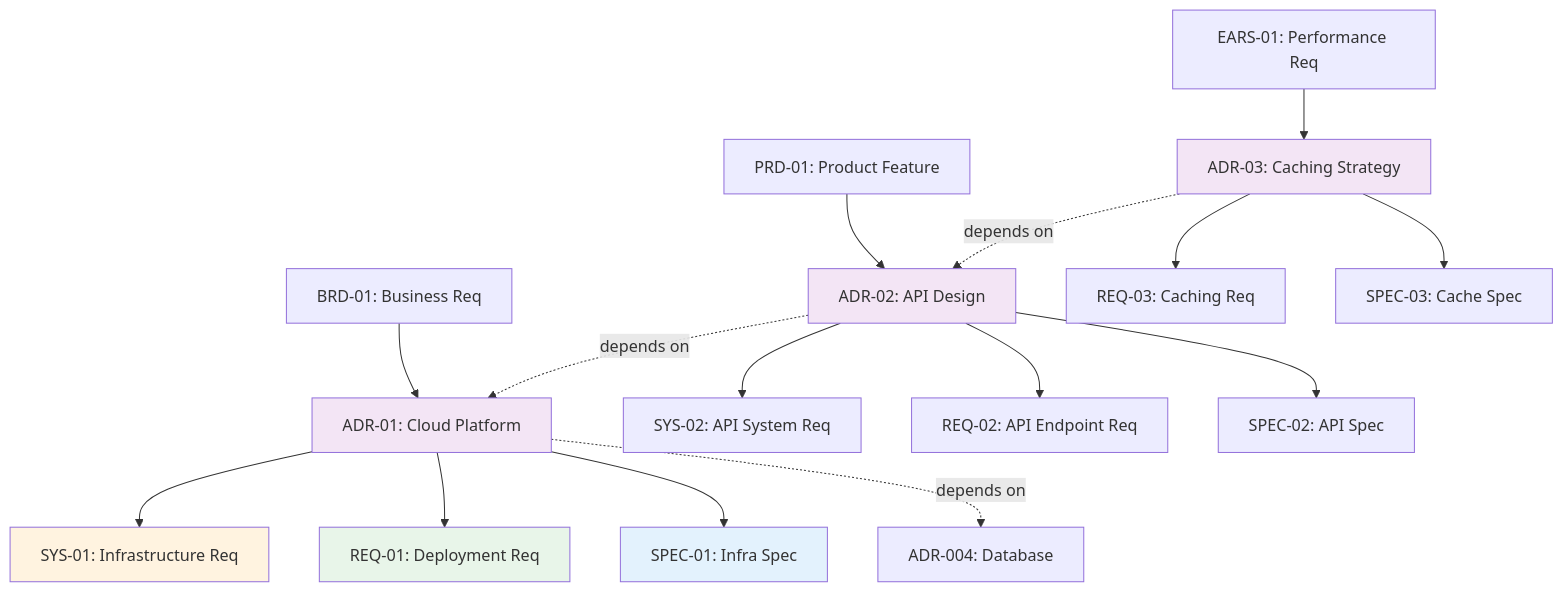
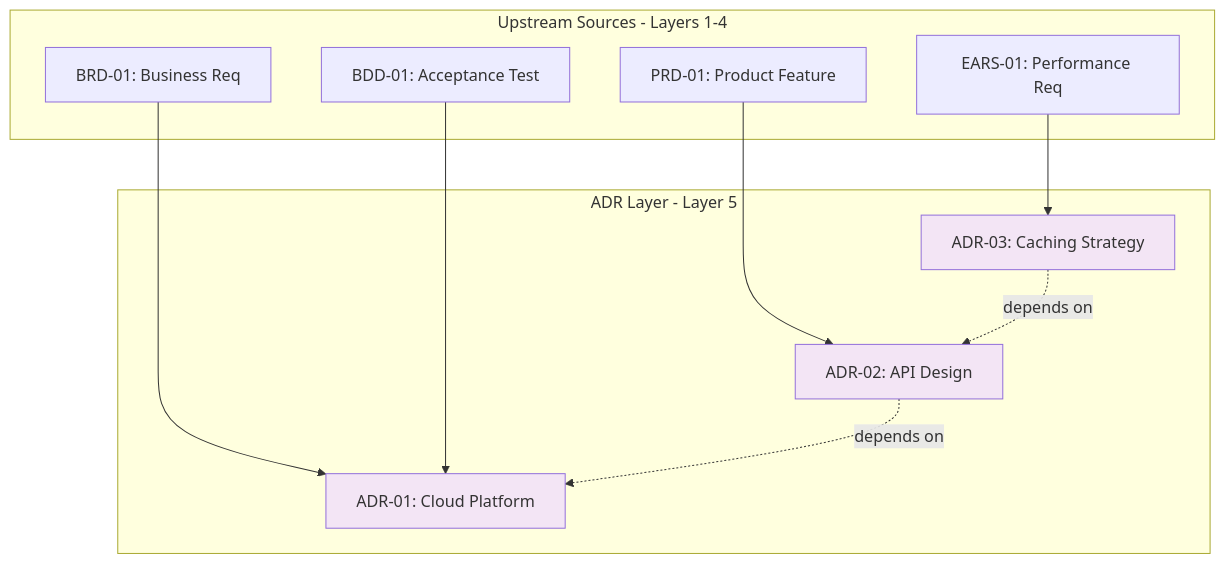
Before and after one commit to vladm3105/aidoc-flow-framework: the diagram in ai_dev_flow/ADR/ADR-000_TRACEABILITY_MATRIX-TEMPLATE.md, drawn with Mermaid. The commit also changed other lines of this file and 6 other files, not shown here.

First line of the commit message:
docs: refactor ADR traceability matrix to upstream-only focus

````diff
--- a/ai_dev_flow/ADR/ADR-000_TRACEABILITY_MATRIX-TEMPLATE.md
+++ b/ai_dev_flow/ADR/ADR-000_TRACEABILITY_MATRIX-TEMPLATE.md
@@ -296,28 +293,27 @@
 ```mermaid
 graph TD
-    BRD001[BRD-01: Business Req] --> ADR001[ADR-01: Cloud Platform]
-    PRD001[PRD-01: Product Feature] --> ADR002[ADR-02: API Design]
-    EARS001[EARS-01: Performance Req] --> ADR003[ADR-03: Caching Strategy]
+    subgraph Upstream[Upstream Sources - Layers 1-4]
+        BRD001[BRD-01: Business Req]
+        PRD001[PRD-01: Product Feature]
+        EARS001[EARS-01: Performance Req]
+        BDD001[BDD-01: Acceptance Test]
+    end
 
-    ADR001 --> SYS001[SYS-01: Infrastructure Req]
-    ADR001 --> REQ01[REQ-01: Deployment Req]
-    ADR001 --> SPEC01[SPEC-01: Infra Spec]
+    subgraph Current[ADR Layer - Layer 5]
+        ADR001[ADR-01: Cloud Platform]
+        ADR002[ADR-02: API Design]
+        ADR003[ADR-03: Caching Strategy]
+    end
 
-    ADR002 --> SYS002[SYS-02: API System Req]
-    ADR002 --> REQ02[REQ-02: API Endpoint Req]
-    ADR002 --> SPEC002[SPEC-02: API Spec]
+    BRD001 --> ADR001
+    PRD001 --> ADR002
+    EARS001 --> ADR003
+    BDD001 --> ADR001
 
-    ADR003 --> REQ03[REQ-03: Caching Req]
-    ADR003 --> SPEC003[SPEC-03: Cache Spec]
-
-    ADR001 -.depends on.-> ADR004[ADR-004: Database]
     ADR002 -.depends on.-> ADR001
     ADR003 -.depends on.-> ADR002
 
     style ADR001 fill:#f3e5f5
     style ADR002 fill:#f3e5f5
     style ADR003 fill:#f3e5f5
-    style SYS001 fill:#fff3e0
-    style REQ01 fill:#e8f5e9
-    style SPEC01 fill:#e3f2fd
 ```
````
